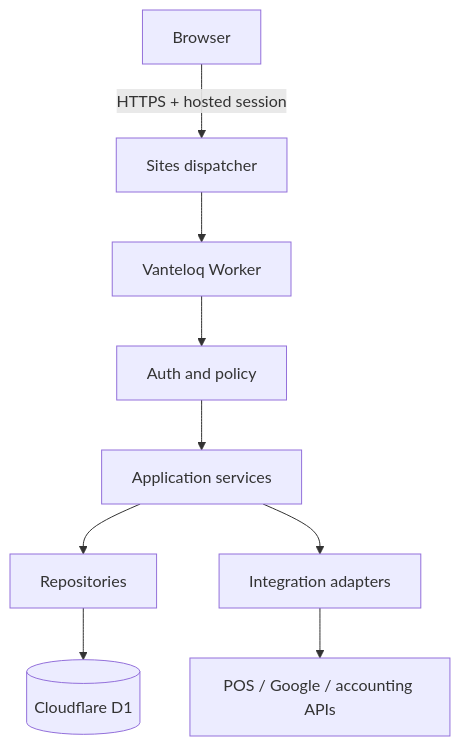
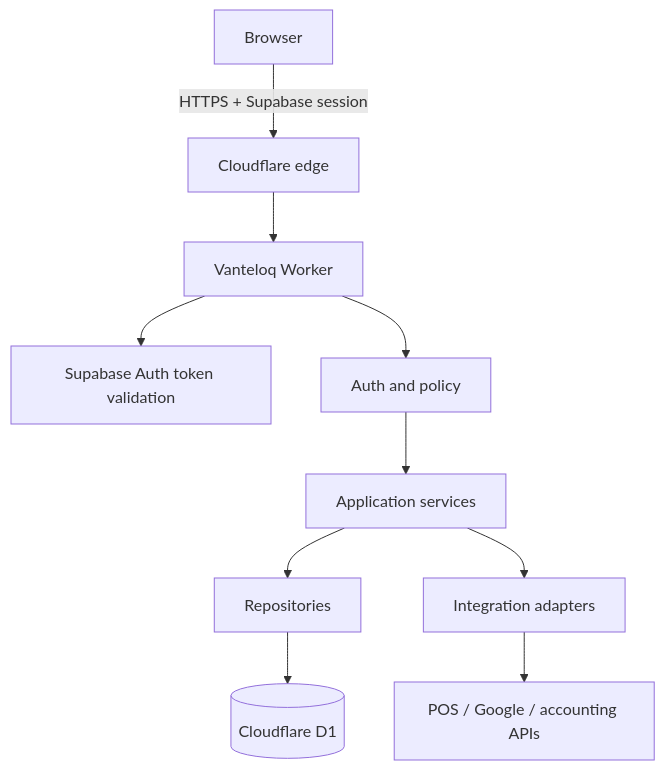
The first of 2 diagrams in docs/ARCHITECTURE.md (hussien05issa-cmd/vanteloq), drawn with Mermaid before and after one commit. The commit also changed other lines of this file and 42 other files, not shown here.

````diff
--- a/docs/ARCHITECTURE.md
+++ b/docs/ARCHITECTURE.md
@@ -26,11 +24,12 @@
 ```mermaid
 flowchart TD
-  B["Browser"] -->|HTTPS + hosted session| D["Sites dispatcher"]
+  B["Browser"] -->|HTTPS + Supabase session| D["Cloudflare edge"]
   D --> W["Vanteloq Worker"]
+  W --> SA["Supabase Auth token validation"]
   W --> A["Auth and policy"]
   A --> S["Application services"]
   S --> R["Repositories"]
   R --> DB[("Cloudflare D1")]
   S --> I["Integration adapters"]
   I --> P["POS / Google / accounting APIs"]
 ```
````
